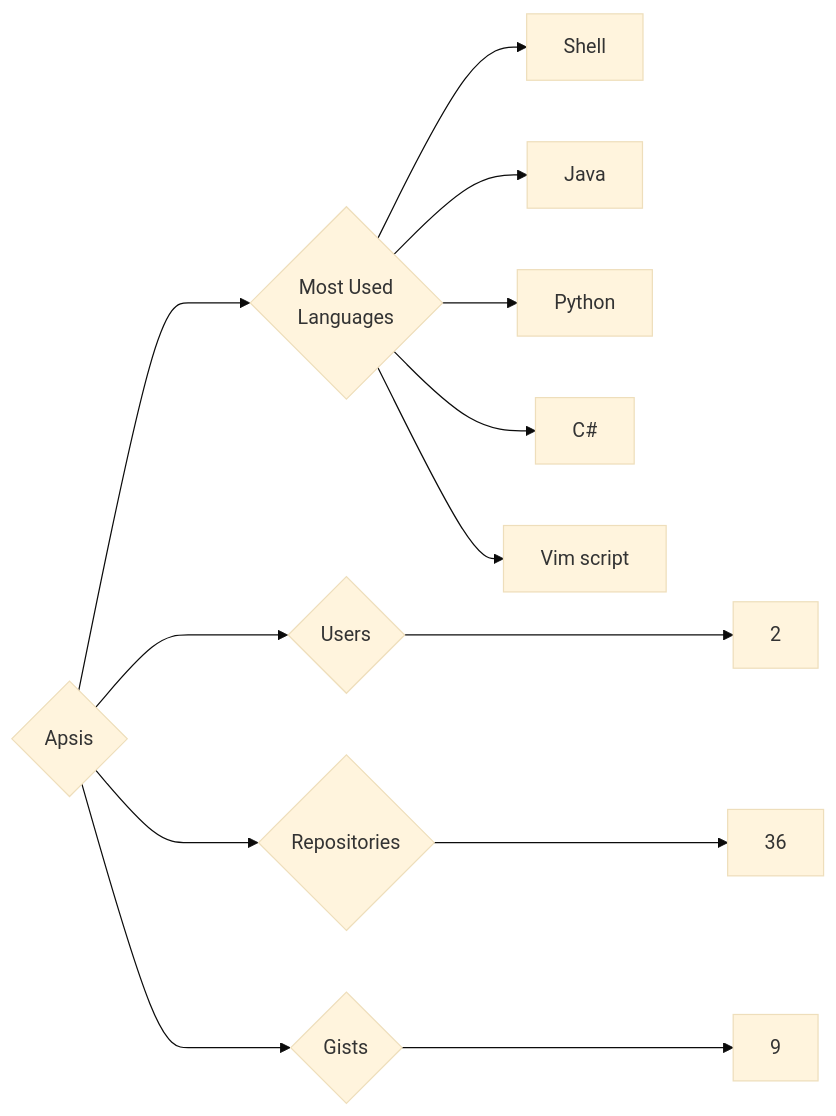
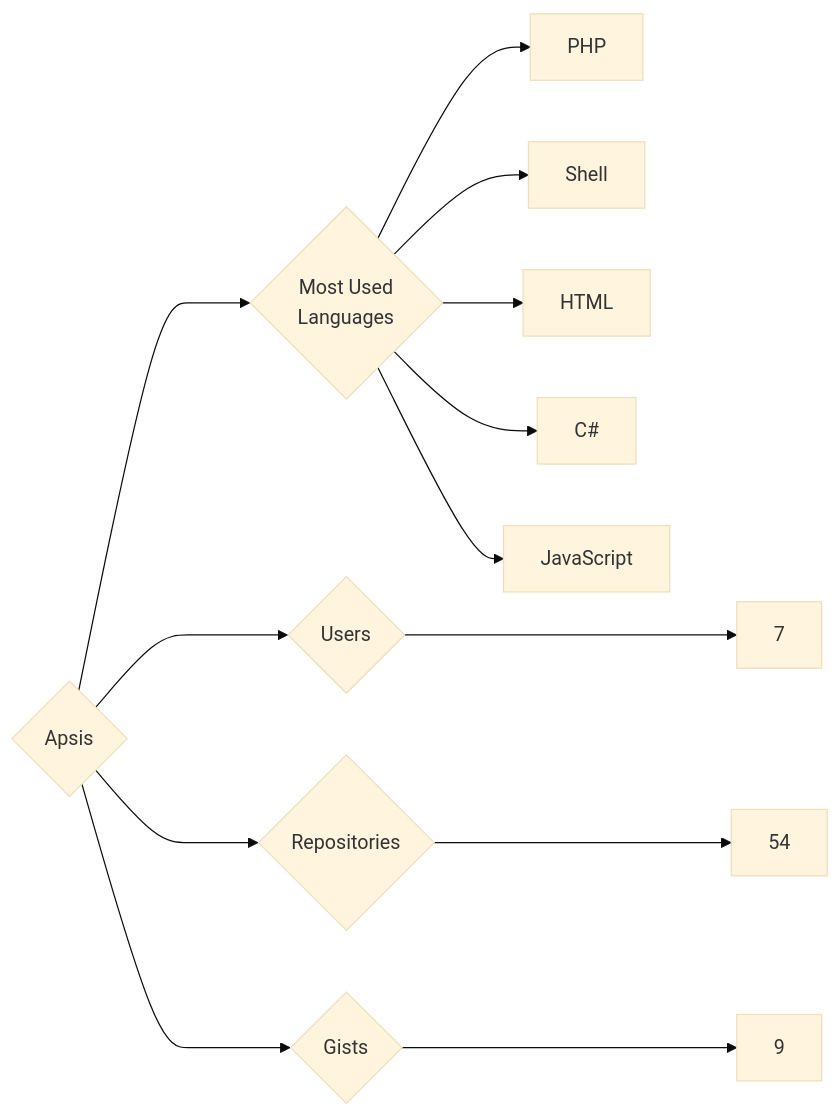
One commit to trickest/insiders changed the diagram in targets/Apsis/README.md. Above: the diagram before and after it, drawn with Mermaid (base theme). The commit also changed 935 other files, not shown here.

````diff
--- a/targets/Apsis/README.md
+++ b/targets/Apsis/README.md
@@ -3,13 +3,13 @@
 ```mermaid
 graph LR
 COMPANY_NAME{Apsis}
-COMPANY_NAME ---> U{Users} ---> UN[2]
-COMPANY_NAME ---> R{Repositories} ---> RN[36]
+COMPANY_NAME ---> U{Users} ---> UN[7]
+COMPANY_NAME ---> R{Repositories} ---> RN[54]
 COMPANY_NAME ---> G{Gists} ---> GN[9]
 COMPANY_NAME ---> ML{Most Used<br>Languages}
+ML --> PHP[PHP]
 ML --> Shell[Shell]
-ML --> Java[Java]
-ML --> Python[Python]
+ML --> HTML[HTML]
 ML --> C#[C#]
-ML --> Vim_script[Vim script]
+ML --> JavaScript[JavaScript]
 ```
````
